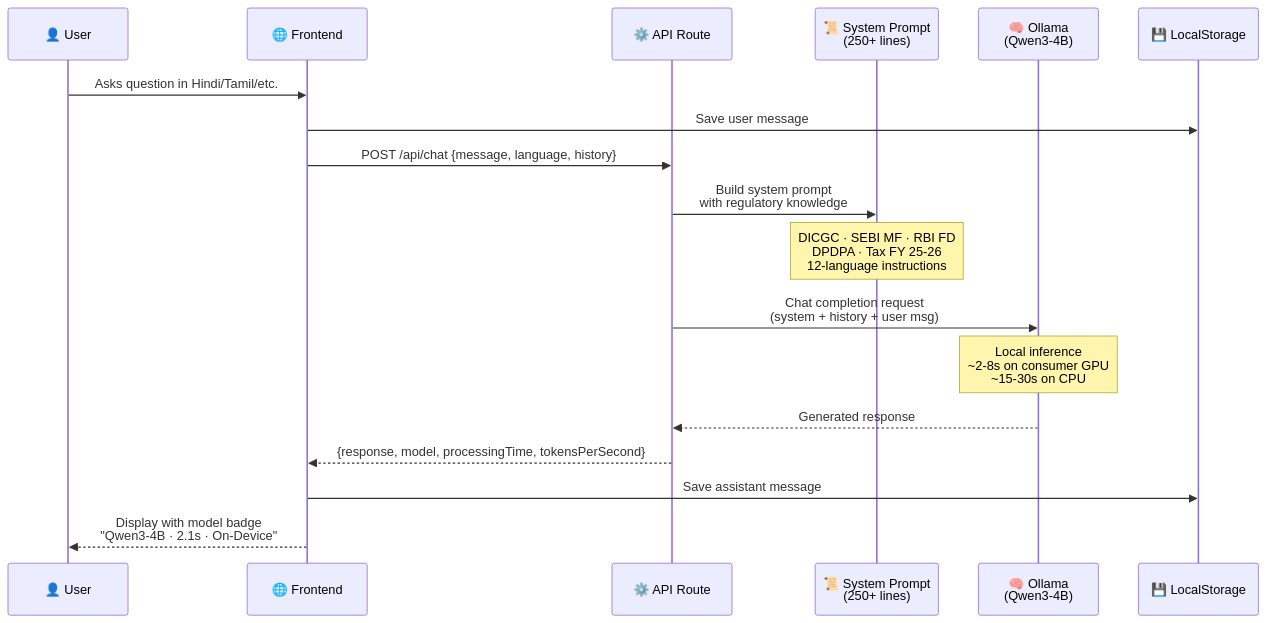
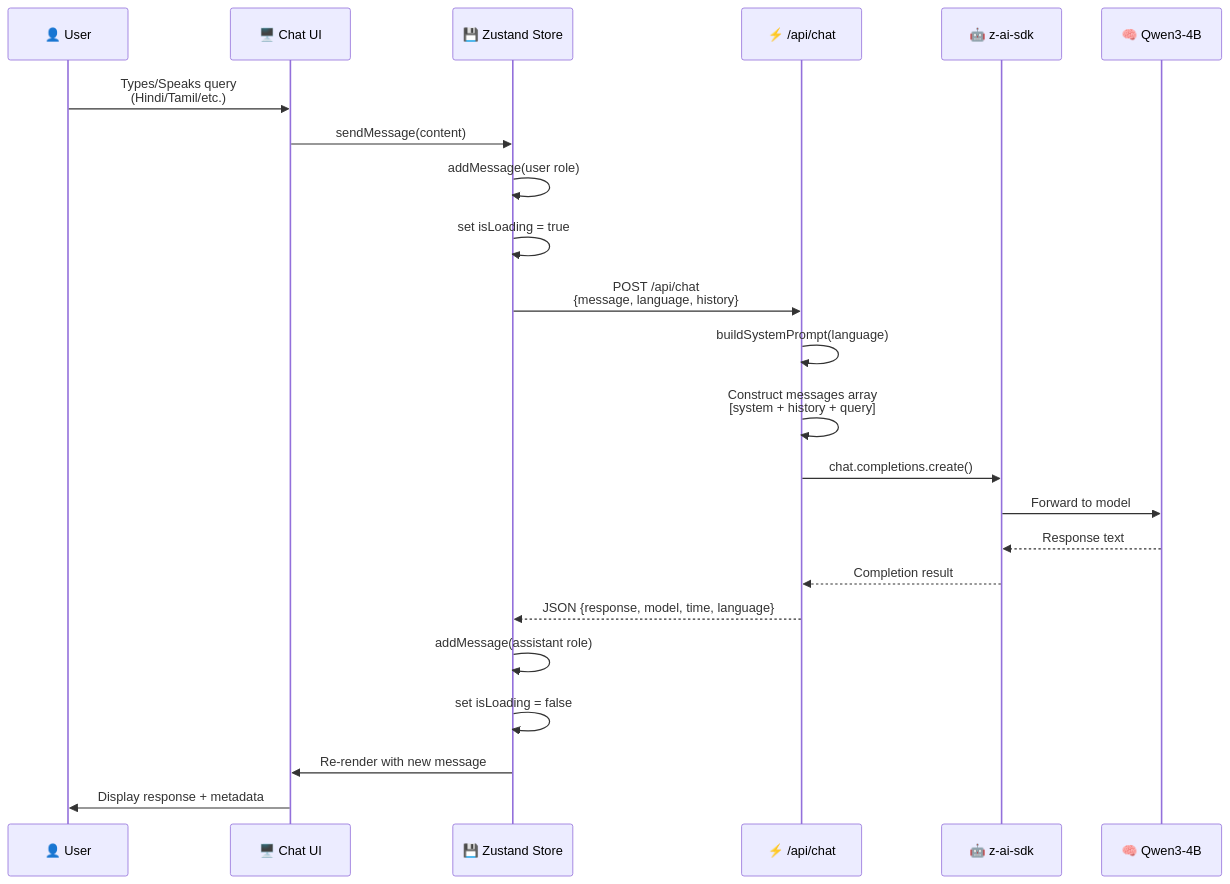
The second of 15 diagrams in README.md (yashrao2607/arthsathi), drawn with Mermaid before and after one commit. The commit also changed other lines of this file and 4 other files, not shown here.

Commit message:
feat: implement backend API routes for multi-lingual chat and tax calculations with integrated Ollama support

````diff
--- a/README.md
+++ b/README.md
@@ -67,25 +194,26 @@
 ```mermaid
 sequenceDiagram
     participant U as 👤 User
-    participant F as 🌐 Frontend
-    participant R as ⚙️ API Route
-    participant S as 📜 System Prompt<br/>(250+ lines)
-    participant O as 🧠 Ollama<br/>(Qwen3-4B)
-    participant L as 💾 LocalStorage
+    participant UI as 🖥️ Chat UI
+    participant Store as 💾 Zustand Store
+    participant API as ⚡ /api/chat
+    participant SDK as 🤖 z-ai-sdk
+    participant LLM as 🧠 Qwen3-4B
 
-    U->>F: Asks question in Hindi/Tamil/etc.
-    F->>L: Save user message
-    F->>R: POST /api/chat {message, language, history}
-
-    R->>S: Build system prompt<br/>with regulatory knowledge
-    Note over S: DICGC · SEBI MF · RBI FD<br/>DPDPA · Tax FY 25-26<br/>12-language instructions
-
-    R->>O: Chat completion request<br/>(system + history + user msg)
-
-    Note over O: Local inference<br/>~2-8s on consumer GPU<br/>~15-30s on CPU
-
-    O-->>R: Generated response
-    R-->>F: {response, model, processingTime, tokensPerSecond}
-    F->>L: Save assistant message
-    F-->>U: Display with model badge<br/>"Qwen3-4B · 2.1s · On-Device"
+    U->>UI: Types/Speaks query<br/>(Hindi/Tamil/etc.)
+    UI->>Store: sendMessage(content)
+    Store->>Store: addMessage(user role)
+    Store->>Store: set isLoading = true
+    Store->>API: POST /api/chat<br/>{message, language, history}
+    API->>API: buildSystemPrompt(language)
+    API->>API: Construct messages array<br/>[system + history + query]
+    API->>SDK: chat.completions.create()
+    SDK->>LLM: Forward to model
+    LLM-->>SDK: Response text
+    SDK-->>API: Completion result
+    API-->>Store: JSON {response, model, time, language}
+    Store->>Store: addMessage(assistant role)
+    Store->>Store: set isLoading = false
+    Store->>UI: Re-render with new message
+    UI->>U: Display response + metadata
 ```
````
